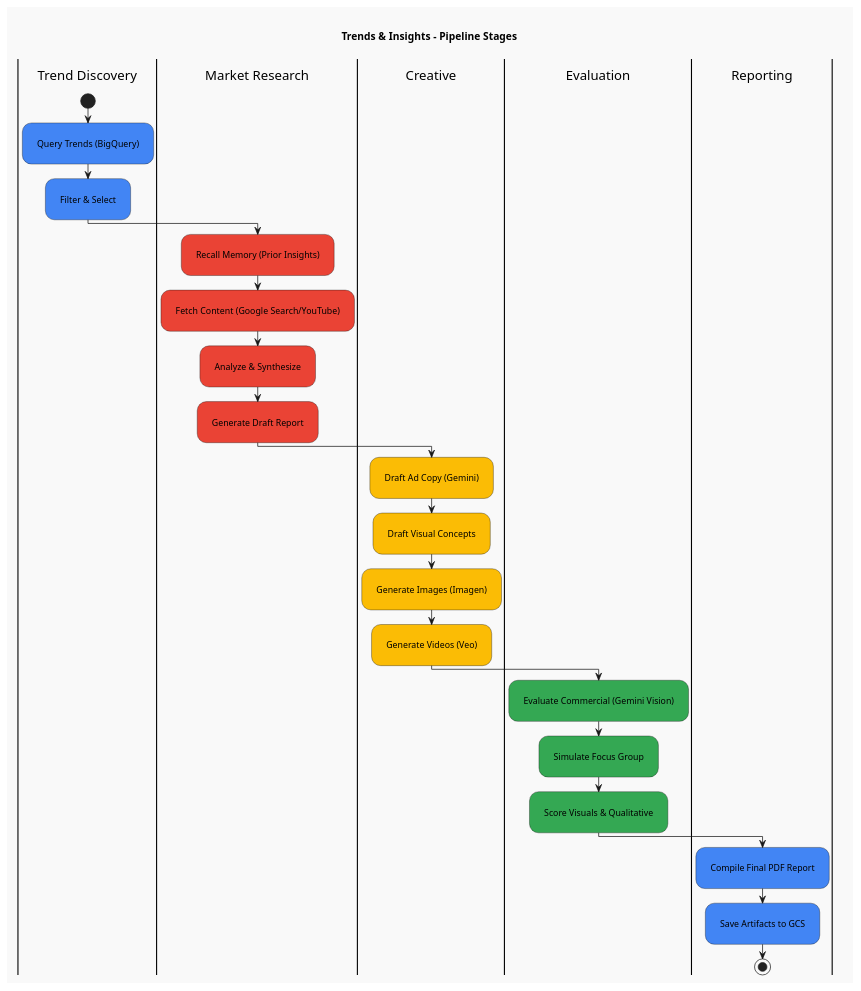
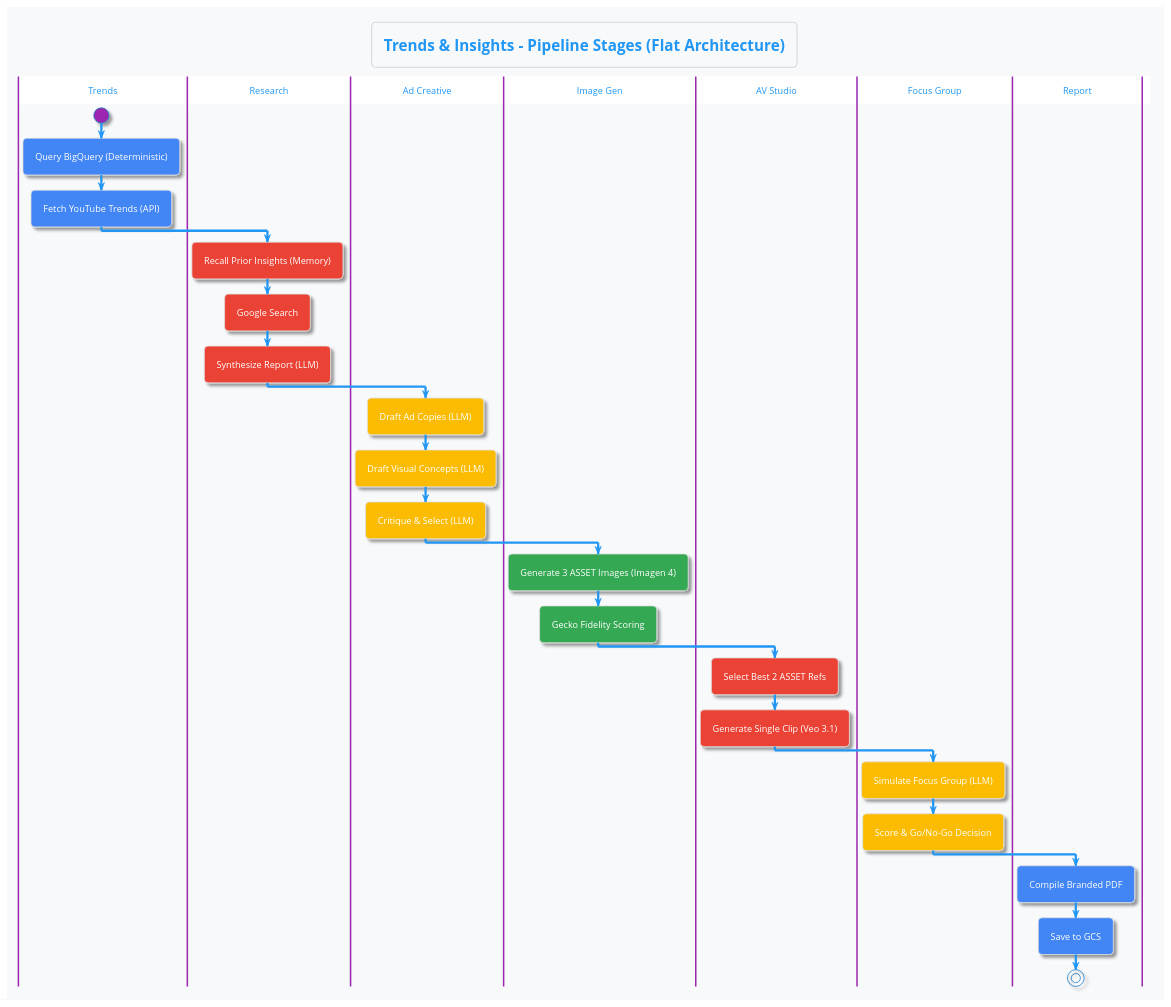
The diagram in docs/pipeline_stages_notheme.puml (tottenjordan/zghost), drawn with PlantUML before and after one commit. The commit also changed 21 other files, not shown here.

First line of the commit message:
docs: update all PlantUML diagrams for flat 2-level architecture

```diff
--- a/docs/pipeline_stages_notheme.puml
+++ b/docs/pipeline_stages_notheme.puml
@@ -1,42 +1,143 @@
 @startuml
-skinparam Handwritten false
-skinparam Monochrome false
-skinparam BackgroundColor #f9f9f9
+
+' GCP_BRANDING_APPLIED
+!theme materia
+skinparam backgroundColor #F8F9FA
+skinparam roundCorner 10
+skinparam defaultFontName "Open Sans"
+skinparam DefaultFontSize 12
 skinparam Padding 10
 
-title Trends & Insights - Pipeline Stages
+skinparam database {
+    BackgroundColor #FBBC05
+    BorderColor #E0E0E0
+    FontColor #000
+    Shadowing false
+}
+skinparam component {
+    BackgroundColor #4285F4
+    BorderColor #E0E0E0
+    FontColor #FFF
+    Shadowing false
+}
+skinparam rectangle {
+    BackgroundColor #EA4335
+    BorderColor #E0E0E0
+    FontColor #FFF
+    Shadowing false
+}
+skinparam note {
+    BackgroundColor #FFFFFF
+    BorderColor #E0E0E0
+    FontColor #000000
+    Shadowing false
+    BorderThickness 1
+}
+skinparam collections {
+    BackgroundColor #34A853
+    BorderColor #E0E0E0
+    FontColor #FFF
+    Shadowing false
+}
+skinparam state {
+    BackgroundColor #4285F4
+    BorderColor #E0E0E0
+    FontColor #FFF
+    Shadowing false
+}
+skinparam activity {
+    BackgroundColor #4285F4
+    BorderColor #E0E0E0
+    FontColor #FFF
+    Shadowing false
+}
+skinparam actor {
+    BackgroundColor #FFFFFF
+    BorderColor #4285F4
+    FontColor #000
+    Shadowing false
+    BorderThickness 2
+}
+skinparam usecase {
+    BackgroundColor #FBBC05
+    BorderColor #E0E0E0
+    FontColor #000
+    Shadowing false
+}
+skinparam cloud {
+    BackgroundColor #FFFFFF
+    BorderColor #E0E0E0
+    FontColor #000
+    Shadowing false
+}
+skinparam frame {
+    BackgroundColor #FFFFFF
+    BorderColor #E0E0E0
+    FontColor #000
+    Shadowing false
+}
+skinparam package {
+    BackgroundColor #F8F9FA
+    BorderColor #CCCCCC
+    FontColor #000
+    Shadowing false
+    BorderThickness 1
+}
+skinparam node {
+    BackgroundColor #EA4335
+    BorderColor #E0E0E0
+    FontColor #FFF
+    Shadowing false
+}
+skinparam queue {
+    BackgroundColor #34A853
+    BorderColor #E0E0E0
+    FontColor #FFF
+    Shadowing false
+}
 
-| Trend Discovery |
-| Market Research |
-| Creative |
-| Evaluation |
-| Reporting |
 
-| Trend Discovery |
+
+title Trends & Insights - Pipeline Stages (Flat Architecture)
+
+| Trends |
+| Research |
+| Ad Creative |
+| Image Gen |
+| AV Studio |
+| Focus Group |
+| Report |
+
+| Trends |
 start
-#4285F4:Query Trends (BigQuery);
-#4285F4:Filter & Select;
+#4285F4:Query BigQuery (Deterministic);
+#4285F4:Fetch YouTube Trends (API);
 
-| Market Research |
-#EA4335:Recall Memory (Prior Insights);
-#EA4335:Fetch Content (Google Search/YouTube);
-#EA4335:Analyze & Synthesize;
-#EA4335:Generate Draft Report;
+| Research |
+#EA4335:Recall Prior Insights (Memory);
+#EA4335:Google Search;
+#EA4335:Synthesize Report (LLM);
 
-| Creative |
-#FBBC05:Draft Ad Copy (Gemini);
-#FBBC05:Draft Visual Concepts;
-#FBBC05:Generate Images (Imagen);
-#FBBC05:Generate Videos (Veo);
+| Ad Creative |
+#FBBC05:Draft Ad Copies (LLM);
+#FBBC05:Draft Visual Concepts (LLM);
+#FBBC05:Critique & Select (LLM);
 
-| Evaluation |
-#34A853:Evaluate Commercial (Gemini Vision);
-#34A853:Simulate Focus Group;
-#34A853:Score Visuals & Qualitative;
+| Image Gen |
+#34A853:Generate 3 ASSET Images (Imagen 4);
+#34A853:Gecko Fidelity Scoring;
 
-| Reporting |
-#4285F4:Compile Final PDF Report;
-#4285F4:Save Artifacts to GCS;
+| AV Studio |
+#EA4335:Select Best 2 ASSET Refs;
+#EA4335:Generate Single Clip (Veo 3.1);
+
+| Focus Group |
+#FBBC05:Simulate Focus Group (LLM);
+#FBBC05:Score & Go/No-Go Decision;
+
+| Report |
+#4285F4:Compile Branded PDF;
+#4285F4:Save to GCS;
 
 stop
 @endum
```
